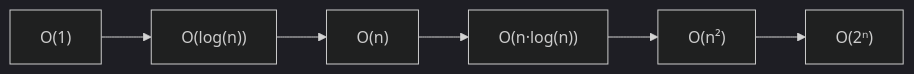
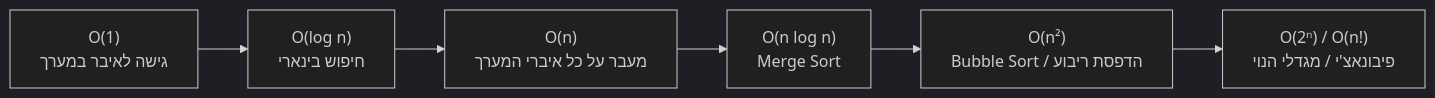
The diagram in mivney/1recursionAndComplexity/Chapter2.md (3strategy/BeautifulMivney), drawn with Mermaid (dark theme) before and after one commit. The commit also changed other lines of this file, not shown here.

```diff
--- a/mivney/1recursionAndComplexity/Chapter2.md
+++ b/mivney/1recursionAndComplexity/Chapter2.md
@@ -66,4 +66,15 @@
 <div class="mermaid">
 graph LR
-    O1["O(1)"] --> Ologn["O(log(n))"] --> On["O(n)"] --> Onlogn["O(n·log(n))"] --> On2["O(n²)"] --> Oexp["O(2ⁿ)"]
+    O1["O(1)
+    גישה לאיבר במערך"] 
+    --> Ologn["O(log n)
+    חיפוש בינארי"] 
+    --> On["O(n)
+    מעבר על כל איברי המערך"] 
+    --> Onlogn["O(n log n)
+    Merge Sort"] 
+    --> On2["O(n²)
+    Bubble Sort / הדפסת ריבוע"] 
+    --> Oexp["O(2ⁿ) / O(n!)
+    פיבונאצ'י / מגדלי הנוי"]
 </div>
```
